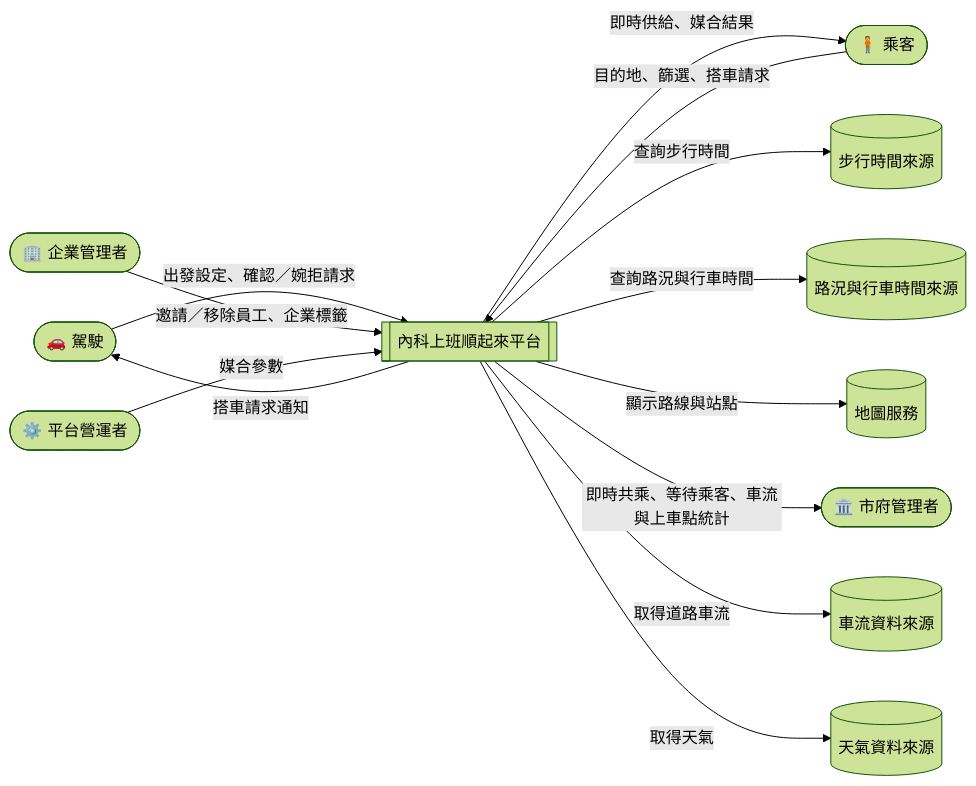
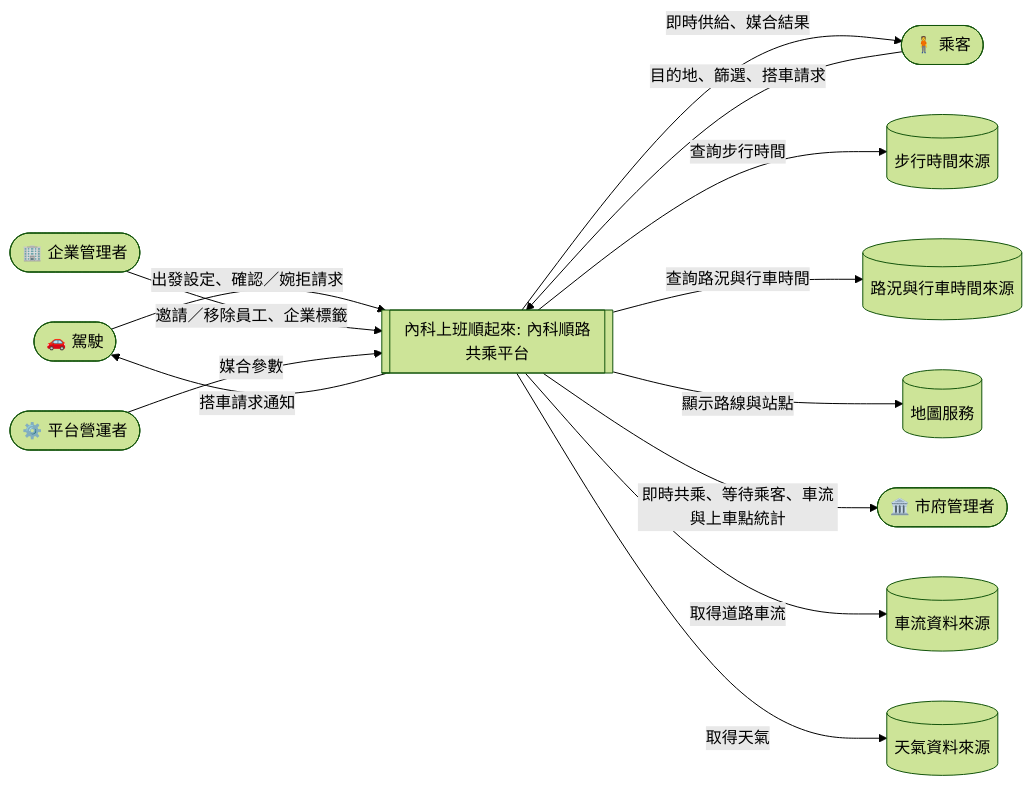
The diagram in docs/requirement.md (sohoffice/debugthon-carpool), drawn with Mermaid (forest theme) before and after one commit. The commit also changed other lines of this file and 1 other file, not shown here.

Commit message:
docs: always show the full name 內科上班順起來: 內科順路共乘

````diff
--- a/docs/requirement.md
+++ b/docs/requirement.md
@@ -74,27 +74,27 @@
 ```mermaid
 flowchart LR
     D([🚗 駕駛])
     P([🧍 乘客])
     E([🏢 企業管理者])
     O([⚙️ 平台營運者])
     G([🏛️ 市府管理者])
-    S[[內科上班順起來平台]]
+    S[["內科上班順起來: 內科順路共乘平台"]]
     W[(步行時間來源)]
     T[(路況與行車時間來源)]
     M[(地圖服務)]
     V[(車流資料來源)]
     C[(天氣資料來源)]
 
     D -- 出發設定、確認／婉拒請求 --> S
     S -- 搭車請求通知 --> D
     P -- 目的地、篩選、搭車請求 --> S
     S -- 即時供給、媒合結果 --> P
     E -- 邀請／移除員工、企業標籤 --> S
     O -- 媒合參數 --> S
     S -- 查詢步行時間 --> W
     S -- 查詢路況與行車時間 --> T
     S -- 顯示路線與站點 --> M
     S -- 即時共乘、等待乘客、車流與上車點統計 --> G
     S -- 取得道路車流 --> V
     S -- 取得天氣 --> C
 ```
````
